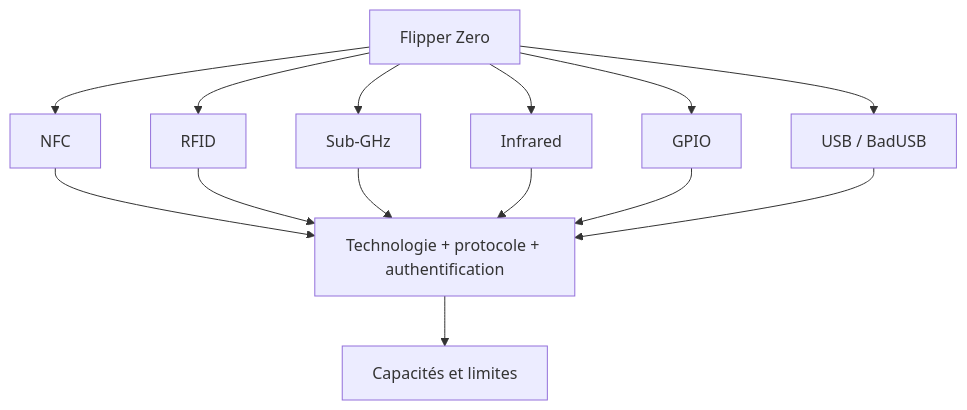
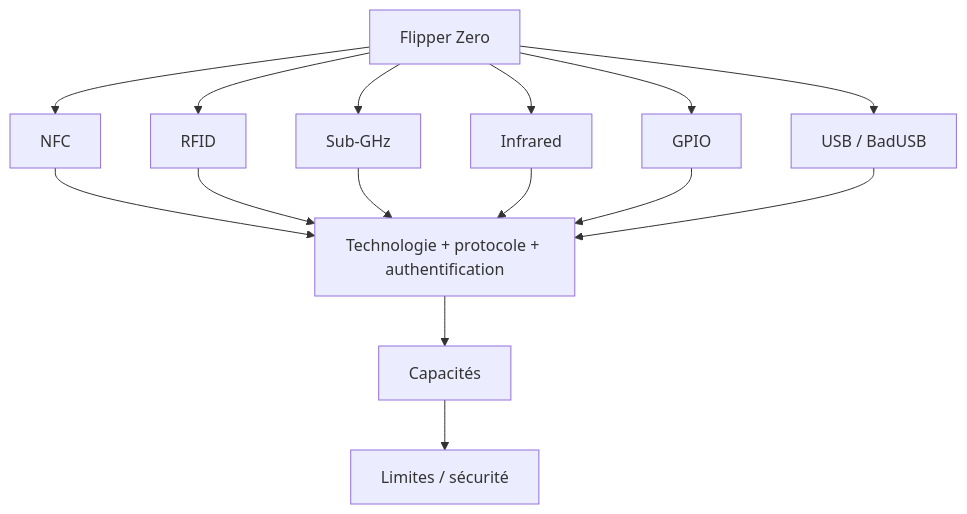
Before and after one commit to digitaleflex/cybersecurity-labs: the diagram in Flipper-Zero/flipper-zero.mmd, drawn with Mermaid.

Commit message:
docs: update live reference for Flipper-Zero/flipper-zero.mmd

```diff
--- a/Flipper-Zero/flipper-zero.mmd
+++ b/Flipper-Zero/flipper-zero.mmd
@@ -1,14 +1,15 @@
 flowchart TD
 A[Flipper Zero] --> B[NFC]
 A --> C[RFID]
 A --> D[Sub-GHz]
 A --> E[Infrared]
 A --> F[GPIO]
 A --> G[USB / BadUSB]
 B --> H[Technologie + protocole + authentification]
 C --> H
 D --> H
 E --> H
 F --> H
 G --> H
-H --> I[Capacités et limites]
+H --> I[Capacités]
+I --> J[Limites / sécurité]
```
